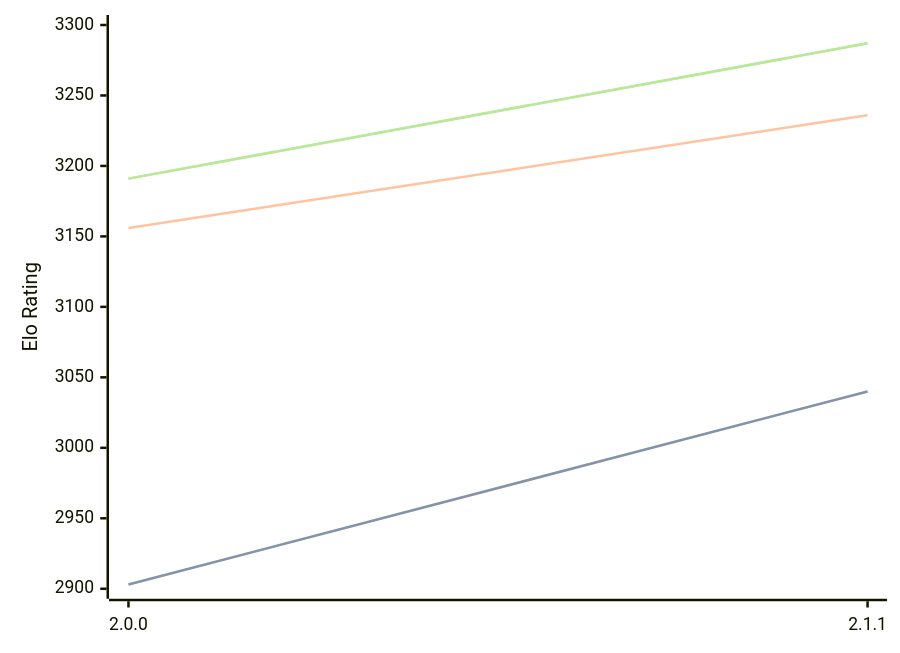
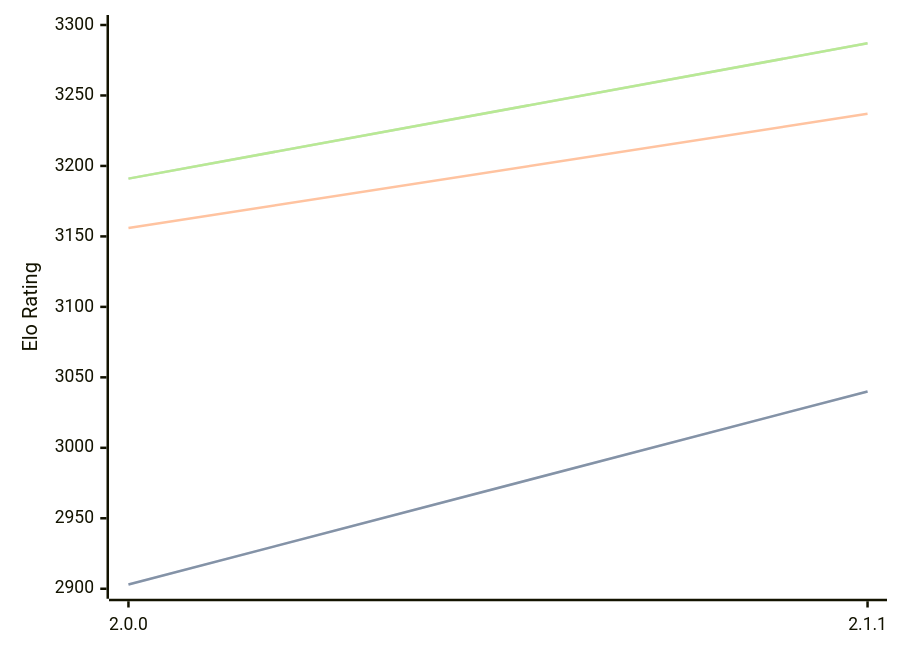
Before and after one commit to computer-chess-index/cci: the diagram in engines/Bread.md, drawn with Mermaid. The commit also changed other lines of this file, not shown here.

````diff
--- a/engines/Bread.md
+++ b/engines/Bread.md
@@ -47,11 +47,11 @@
 ```mermaid
 %%{init: {"theme":"base","themeVariables":{"seriesColors:['#a3a3a3','#222221','#faa371']}}}%%
 xychart-beta
   x-axis ["2.0.0", "2.1.1"]
   y-axis "Elo Rating" 2900 --> 3300
   line "STC (8.0+0.08s)" [2903, 3040]
   line "STC (8.0+0.08s)" [2903, 3040]
-  line "LTC (60.0+0.60s)" [3156, 3236]
+  line "LTC (60.0+0.60s)" [3156, 3237]
   line "VLTC (2m24s+1.12s)" [3191, 3287]
   line "VLTC (2m24s+1.12s)" [3191, 3287]
 ```
````
